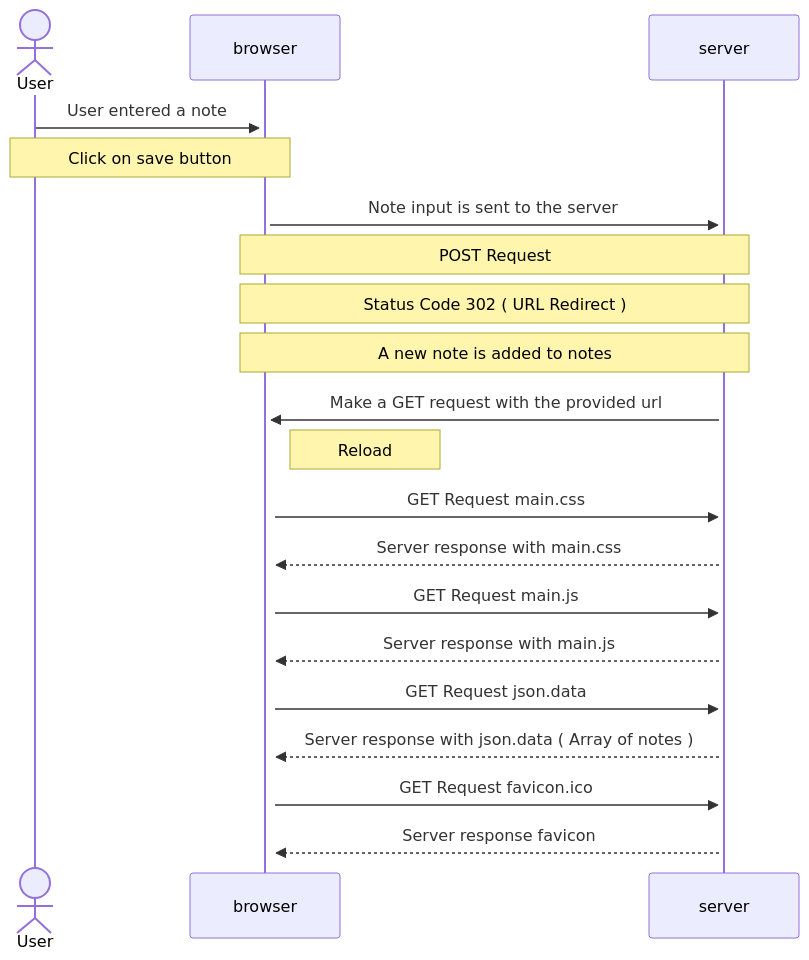
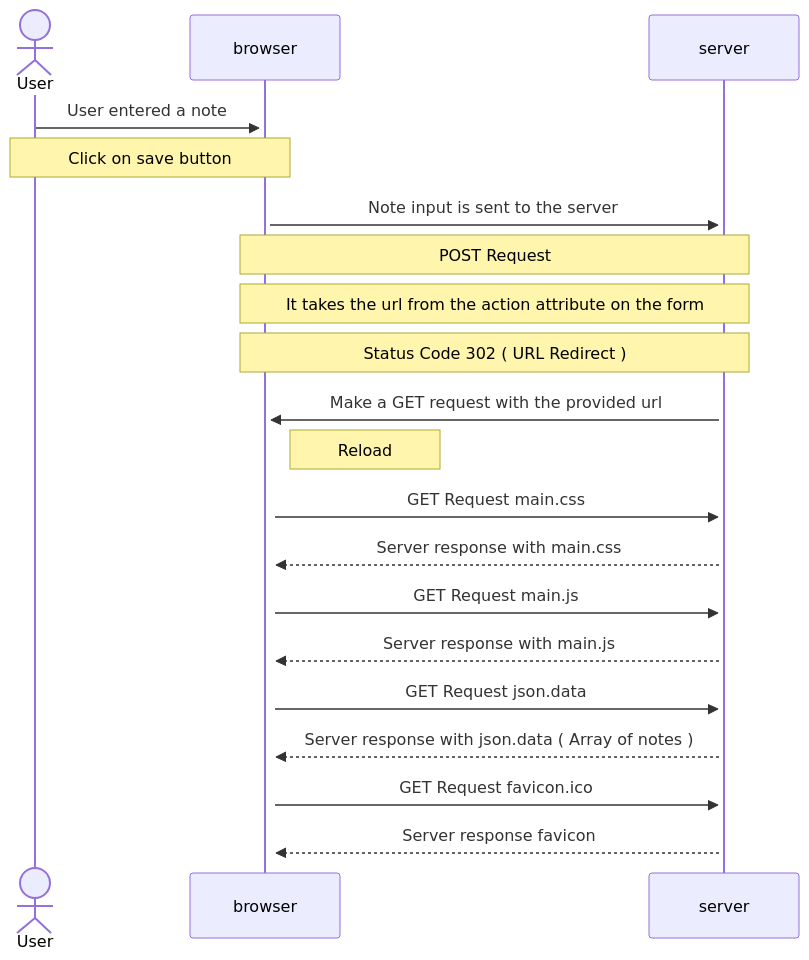
Before and after one commit to SheriefElnahas/full-stack-open-2023: the diagram in part0/0.4-new-note-diagram/README.md, drawn with Mermaid. The commit also changed 1 other file, not shown here.

Commit message:
update exercise 0.4 readme file

````diff
--- a/part0/0.4-new-note-diagram/README.md
+++ b/part0/0.4-new-note-diagram/README.md
@@ -1,24 +1,26 @@
 ```mermaid
 sequenceDiagram
 
 actor User
 participant browser
 participant server
 
+
     User->>+browser: User entered a note
     Note over User,browser: Click on save button
     browser->>+server: Note input is sent to the server
     Note over browser,server: POST Request
+    Note over browser,server: It takes the url from the action attribute on the form
     Note over browser,server: Status Code 302 ( URL Redirect )
-    Note over browser,server: A new note is added to notes
     server->>+browser: Make a GET request with the provided url
     Note right of browser: Reload
     browser->>+server: GET Request  main.css
     server-->>browser: Server response with main.css
     browser->>+server: GET Request main.js
     server-->>browser: Server response with main.js
     browser->>+server: GET Request json.data
     server-->>browser: Server response with json.data ( Array of notes )
     browser->>+server: GET Request favicon.ico
     server-->>browser: Server response favicon
+
 ```
````
